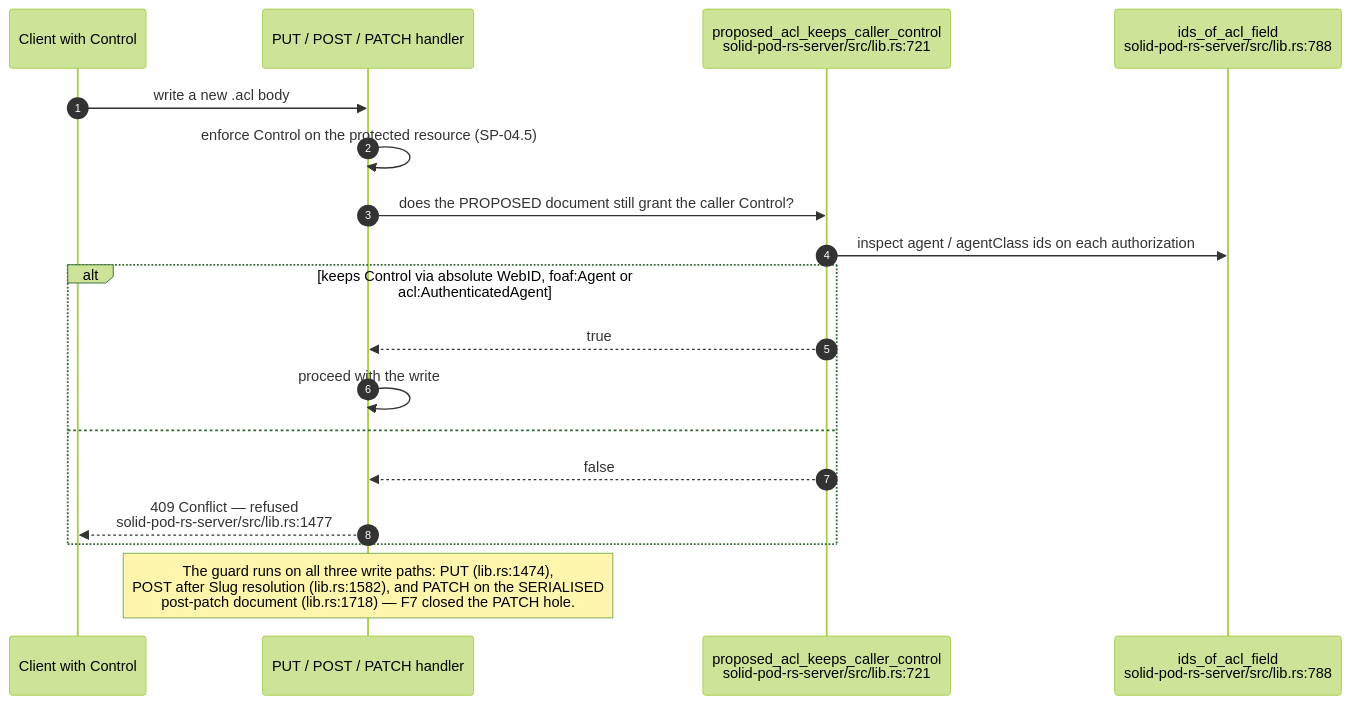
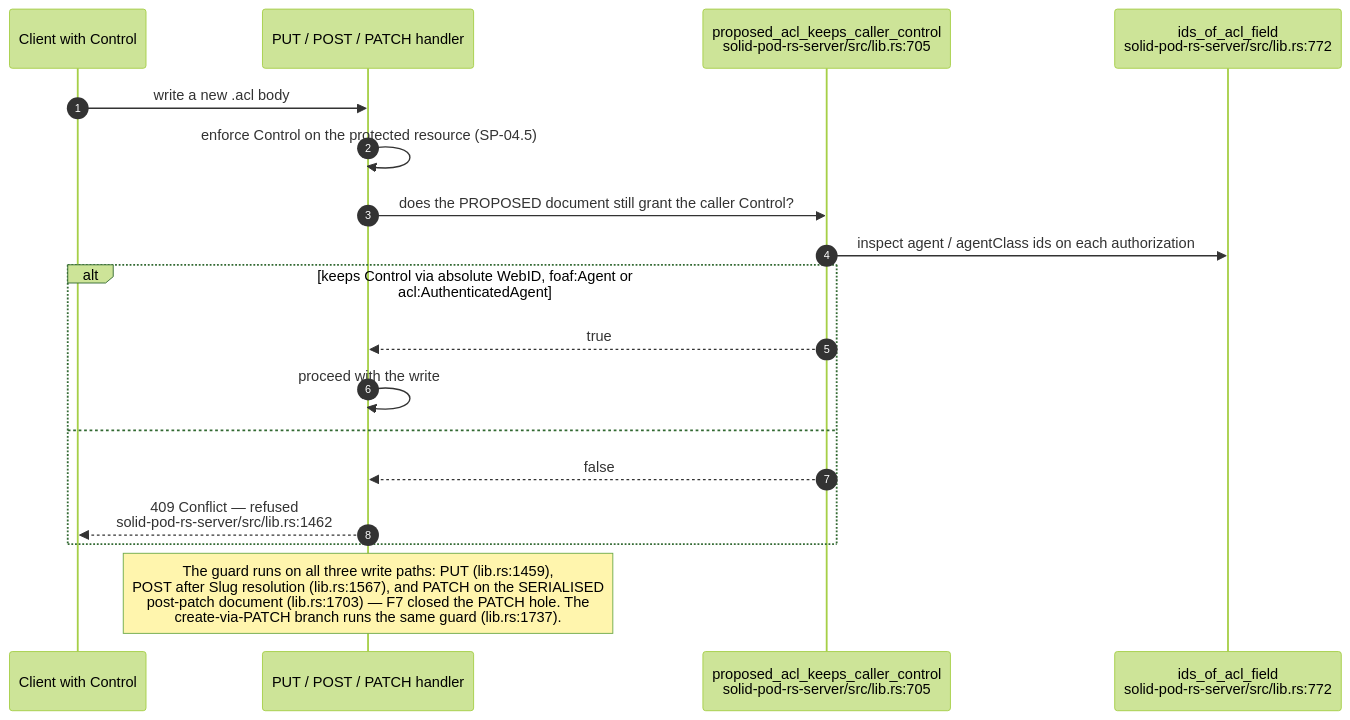
Before and after one commit to DreamLab-AI/VisionFlow: the sixth of 13 diagrams in docs/diagrams/solid-pod-rs/04-wac-authorisation.md, drawn with Mermaid (forest theme). The commit also changed other lines of this file and 21 other files, not shown here.

Commit message:
docs(diagrams): refresh first verified estate batch

````diff
--- a/docs/diagrams/solid-pod-rs/04-wac-authorisation.md
+++ b/docs/diagrams/solid-pod-rs/04-wac-authorisation.md
@@ -178,21 +178,21 @@
 ```mermaid
 sequenceDiagram
     autonumber
     participant C as Client with Control
     participant H as PUT / POST / PATCH handler
-    participant G as proposed_acl_keeps_caller_control<br/>solid-pod-rs-server/src/lib.rs:721
-    participant IDS as ids_of_acl_field<br/>solid-pod-rs-server/src/lib.rs:788
+    participant G as proposed_acl_keeps_caller_control<br/>solid-pod-rs-server/src/lib.rs:705
+    participant IDS as ids_of_acl_field<br/>solid-pod-rs-server/src/lib.rs:772
 
     C->>H: write a new .acl body
     H->>H: enforce Control on the protected resource (SP-04.5)
     H->>G: does the PROPOSED document still grant the caller Control?
     G->>IDS: inspect agent / agentClass ids on each authorization
     alt keeps Control via absolute WebID, foaf:Agent or acl:AuthenticatedAgent
         G-->>H: true
         H->>H: proceed with the write
     else
         G-->>H: false
-        H-->>C: 409 Conflict — refused<br/>solid-pod-rs-server/src/lib.rs:1477
+        H-->>C: 409 Conflict — refused<br/>solid-pod-rs-server/src/lib.rs:1462
     end
-    Note over H: The guard runs on all three write paths: PUT (lib.rs:1474),<br/>POST after Slug resolution (lib.rs:1582), and PATCH on the SERIALISED<br/>post-patch document (lib.rs:1718) — F7 closed the PATCH hole.
+    Note over H: The guard runs on all three write paths: PUT (lib.rs:1459),<br/>POST after Slug resolution (lib.rs:1567), and PATCH on the SERIALISED<br/>post-patch document (lib.rs:1703) — F7 closed the PATCH hole. The<br/>create-via-PATCH branch runs the same guard (lib.rs:1737).
 ```
````
